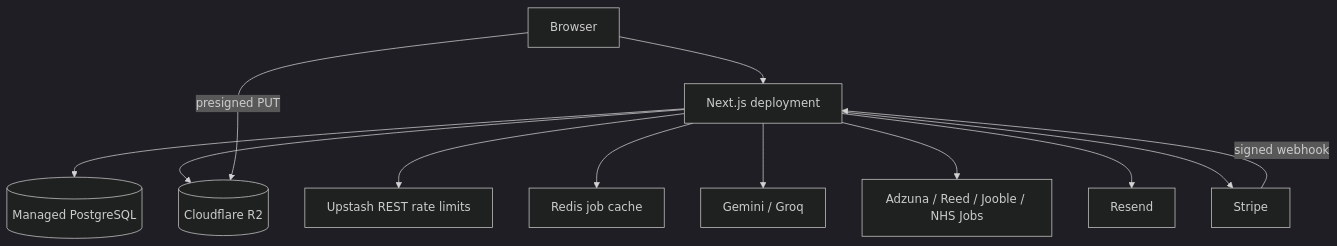
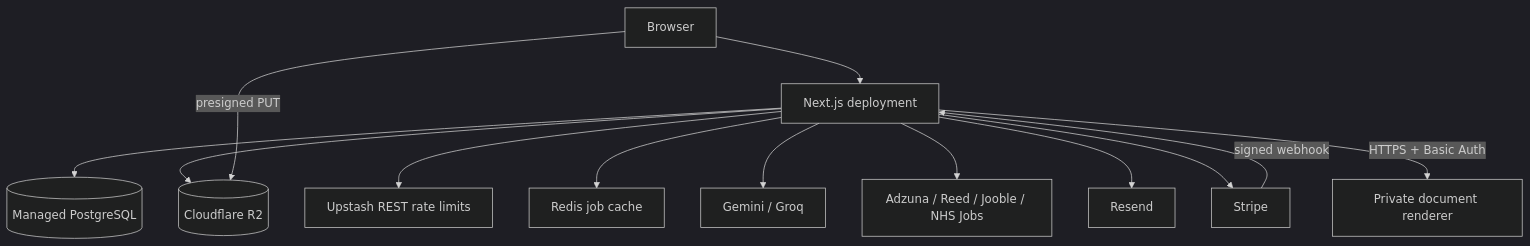
One commit to mirzahussnain/align changed the diagram in docs/DEPLOYMENT.md. Above: the diagram before and after it, drawn with Mermaid (dark theme). The commit also changed other lines of this file and 7 other files, not shown here.

Commit message:
docs(cv): add private renderer operations runbook

````diff
--- a/docs/DEPLOYMENT.md
+++ b/docs/DEPLOYMENT.md
@@ -9,14 +9,15 @@
 ```mermaid
 flowchart TB
   Web[Next.js deployment] --> DB[(Managed PostgreSQL)]
   Web --> R2[(Cloudflare R2)]
   Web --> RL[Upstash REST rate limits]
   Web --> RC[Redis job cache]
   Web --> AI[Gemini / Groq]
   Web --> Jobs[Adzuna / Reed / Jooble / NHS Jobs]
   Web --> Mail[Resend]
   Web --> Pay[Stripe]
+  Web -->|HTTPS + Basic Auth| Render[Private document renderer]
   Browser --> Web
   Browser -->|presigned PUT| R2
   Pay -->|signed webhook| Web
 ```
````
